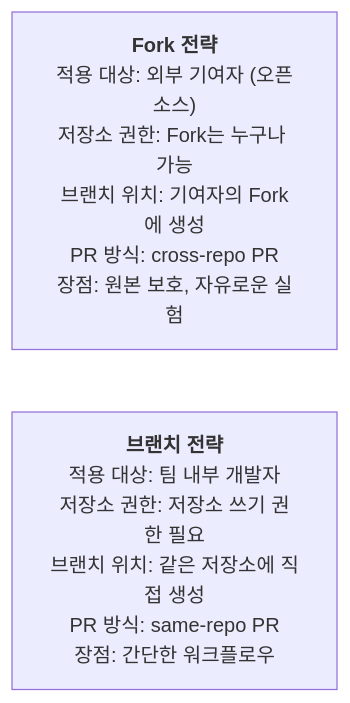
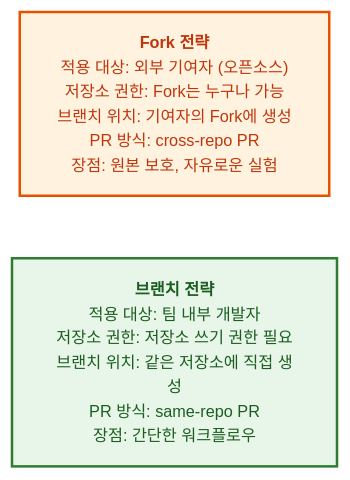
Before and after one commit to jingu279/Document: the second of 2 diagrams in git/06_GitHub/04_Fork와_기여.md, drawn with Mermaid. The commit also changed other lines of this file and 24 other files, not shown here.

First line of the commit message:
Git 문서 전체 Mermaid 다이어그램 스타일링 통일

````diff
--- a/git/06_GitHub/04_Fork와_기여.md
+++ b/git/06_GitHub/04_Fork와_기여.md
@@ -141,5 +147,11 @@
 ```mermaid
+%%{init: {'theme': 'base', 'themeVariables': {'fontSize': '13px'}}}%%
 flowchart LR
-  Fork["<b>Fork 전략</b><br/>적용 대상: 외부 기여자 (오픈소스)<br/>저장소 권한: Fork는 누구나 가능<br/>브랜치 위치: 기여자의 Fork에 생성<br/>PR 방식: cross-repo PR<br/>장점: 원본 보호, 자유로운 실험"]
-  Branch["<b>브랜치 전략</b><br/>적용 대상: 팀 내부 개발자<br/>저장소 권한: 저장소 쓰기 권한 필요<br/>브랜치 위치: 같은 저장소에 직접 생성<br/>PR 방식: same-repo PR<br/>장점: 간단한 워크플로우"]
+  classDef main fill:#fff3e0,stroke:#e65100,stroke-width:2px,color:#bf360c
+  classDef sub fill:#e8f5e9,stroke:#2e7d32,stroke-width:2px,color:#1b5e20
+  classDef proc fill:#e3f2fd,stroke:#1565c0,stroke-width:2px,color:#0d47a1
+  classDef decision fill:#fff9c4,stroke:#f9a825,stroke-width:2px,color:#e65100
+  classDef highlight fill:#f3e5f5,stroke:#6a1b9a,stroke-width:2px,color:#4a148c
+  Fork["<b>Fork 전략</b><br/>적용 대상: 외부 기여자 (오픈소스)<br/>저장소 권한: Fork는 누구나 가능<br/>브랜치 위치: 기여자의 Fork에 생성<br/>PR 방식: cross-repo PR<br/>장점: 원본 보호, 자유로운 실험"]:::main
+  Branch["<b>브랜치 전략</b><br/>적용 대상: 팀 내부 개발자<br/>저장소 권한: 저장소 쓰기 권한 필요<br/>브랜치 위치: 같은 저장소에 직접 생성<br/>PR 방식: same-repo PR<br/>장점: 간단한 워크플로우"]:::sub
 ```
````
